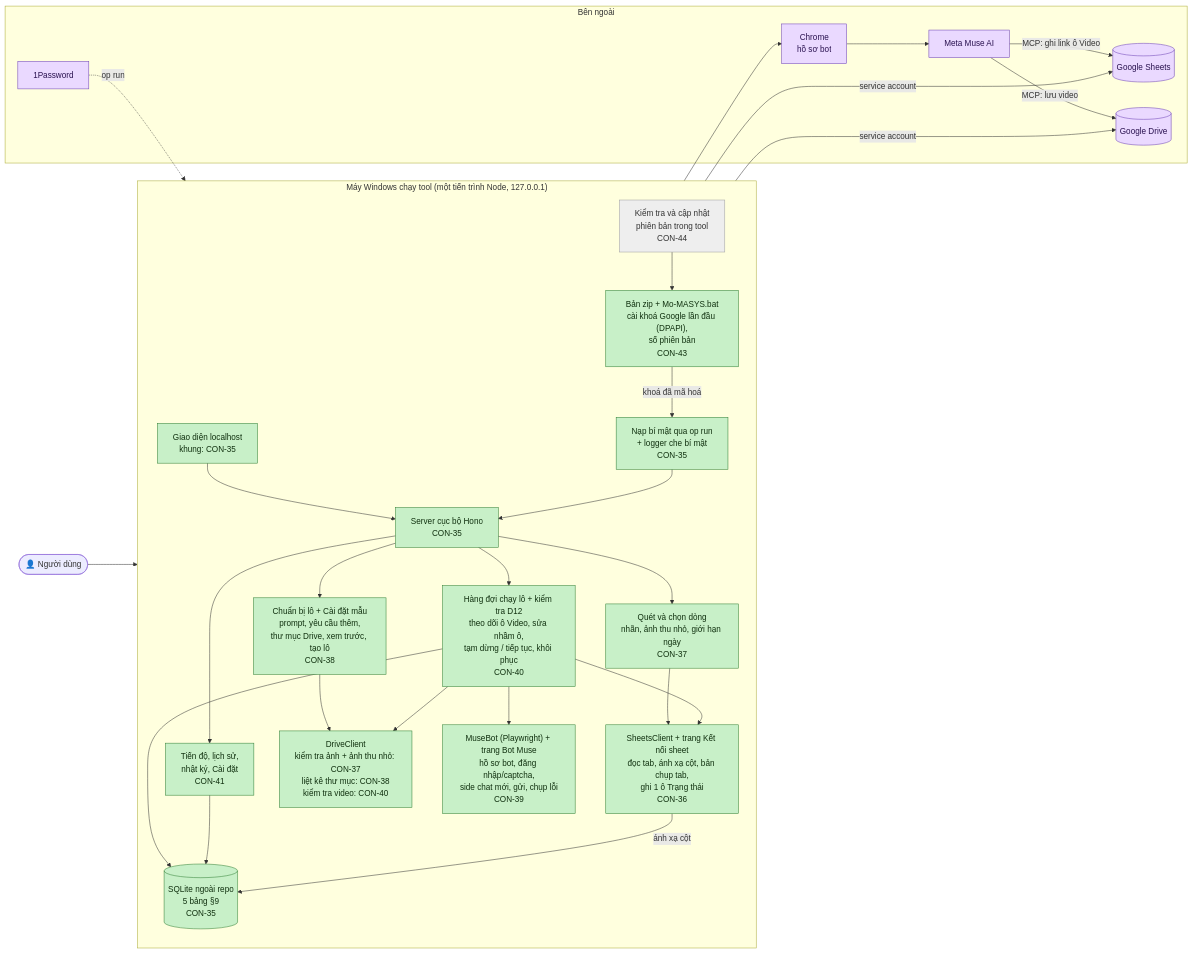
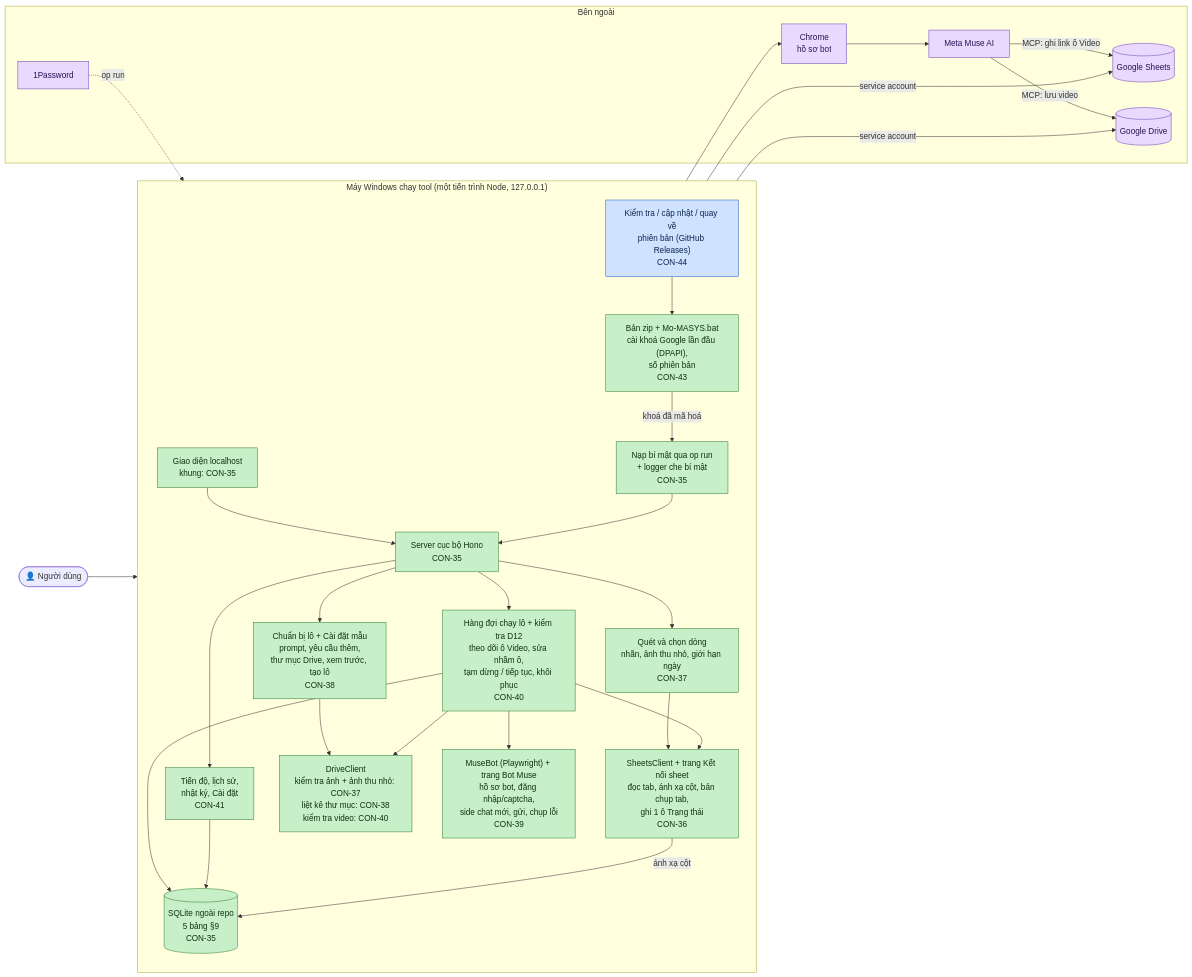
One commit to Bach1711/MASYS-VIDEO-GENERATOR changed the diagram in TIEN-DO.md. Above: the diagram before and after it, drawn with Mermaid. The commit also changed other lines of this file and 24 other files, not shown here.

First line of the commit message:
CON-44: Kiểm tra, cập nhật và quay về phiên bản ngay trong tool

````diff
--- a/TIEN-DO.md
+++ b/TIEN-DO.md
@@ -17,63 +17,63 @@
 ```mermaid
 flowchart LR
     user(["👤 Người dùng"])
 
     subgraph PC["Máy Windows chạy tool (một tiến trình Node, 127.0.0.1)"]
         direction TB
         ui["Giao diện localhost<br/>khung: CON-35"]
         server["Server cục bộ Hono<br/>CON-35"]
         secrets["Nạp bí mật qua op run<br/>+ logger che bí mật<br/>CON-35"]
         db[("SQLite ngoài repo<br/>5 bảng §9<br/>CON-35")]
 
         sheet["SheetsClient + trang Kết nối sheet<br/>đọc tab, ánh xạ cột, bản chụp tab,<br/>ghi 1 ô Trạng thái<br/>CON-36"]
         scan["Quét và chọn dòng<br/>nhãn, ảnh thu nhỏ, giới hạn ngày<br/>CON-37"]
         editor["Chuẩn bị lô + Cài đặt mẫu<br/>prompt, yêu cầu thêm,<br/>thư mục Drive, xem trước, tạo lô<br/>CON-38"]
         bot["MuseBot (Playwright) + trang Bot Muse<br/>hồ sơ bot, đăng nhập/captcha,<br/>side chat mới, gửi, chụp lỗi<br/>CON-39"]
         queue["Hàng đợi chạy lô + kiểm tra D12<br/>theo dõi ô Video, sửa nhầm ô,<br/>tạm dừng / tiếp tục, khôi phục<br/>CON-40"]
         drive["DriveClient<br/>kiểm tra ảnh + ảnh thu nhỏ: CON-37<br/>liệt kê thư mục: CON-38<br/>kiểm tra video: CON-40"]
         progress["Tiến độ, lịch sử,<br/>nhật ký, Cài đặt<br/>CON-41"]
         pack["Bản zip + Mo-MASYS.bat<br/>cài khoá Google lần đầu (DPAPI),<br/>số phiên bản<br/>CON-43"]
-        update["Kiểm tra và cập nhật<br/>phiên bản trong tool<br/>CON-44"]
+        update["Kiểm tra / cập nhật / quay về<br/>phiên bản (GitHub Releases)<br/>CON-44"]
     end
 
     subgraph EXT["Bên ngoài"]
         gsheets[("Google Sheets")]
         gdrive[("Google Drive")]
         chrome["Chrome<br/>hồ sơ bot"]
         muse["Meta Muse AI"]
         op["1Password"]
     end
 
     user --> ui --> server
     server --> scan & editor & progress
     scan --> sheet
     editor --> drive
     server --> queue
     queue --> sheet & drive & bot
     queue --> db
     progress --> db
     sheet -- "ánh xạ cột" --> db
     sheet -- "service account" --> gsheets
     drive -- "service account" --> gdrive
     bot --> chrome --> muse
     muse -- "MCP: lưu video" --> gdrive
     muse -- "MCP: ghi link ô Video" --> gsheets
     op -. "op run" .-> secrets --> server
     pack -- "khoá đã mã hoá" --> secrets
     update --> pack
 
     classDef done fill:#c8f0c8,stroke:#2e7d32,color:#10300f
     classDef review fill:#cfe3ff,stroke:#1f5fbf,color:#0c2550
     classDef doing fill:#fff1b8,stroke:#b38600,color:#3d2e00
     classDef todo fill:#eeeeee,stroke:#9e9e9e,color:#333333
     classDef ext fill:#ead9ff,stroke:#6a3fb5,color:#2a1250
 
     class ui,server,secrets,db,sheet,scan,editor done
     class drive done
     class bot done
     class queue done
     class progress done
     class pack done
-    class update todo
+    class update review
     class gsheets,gdrive,chrome,muse,op ext
 ```
````
